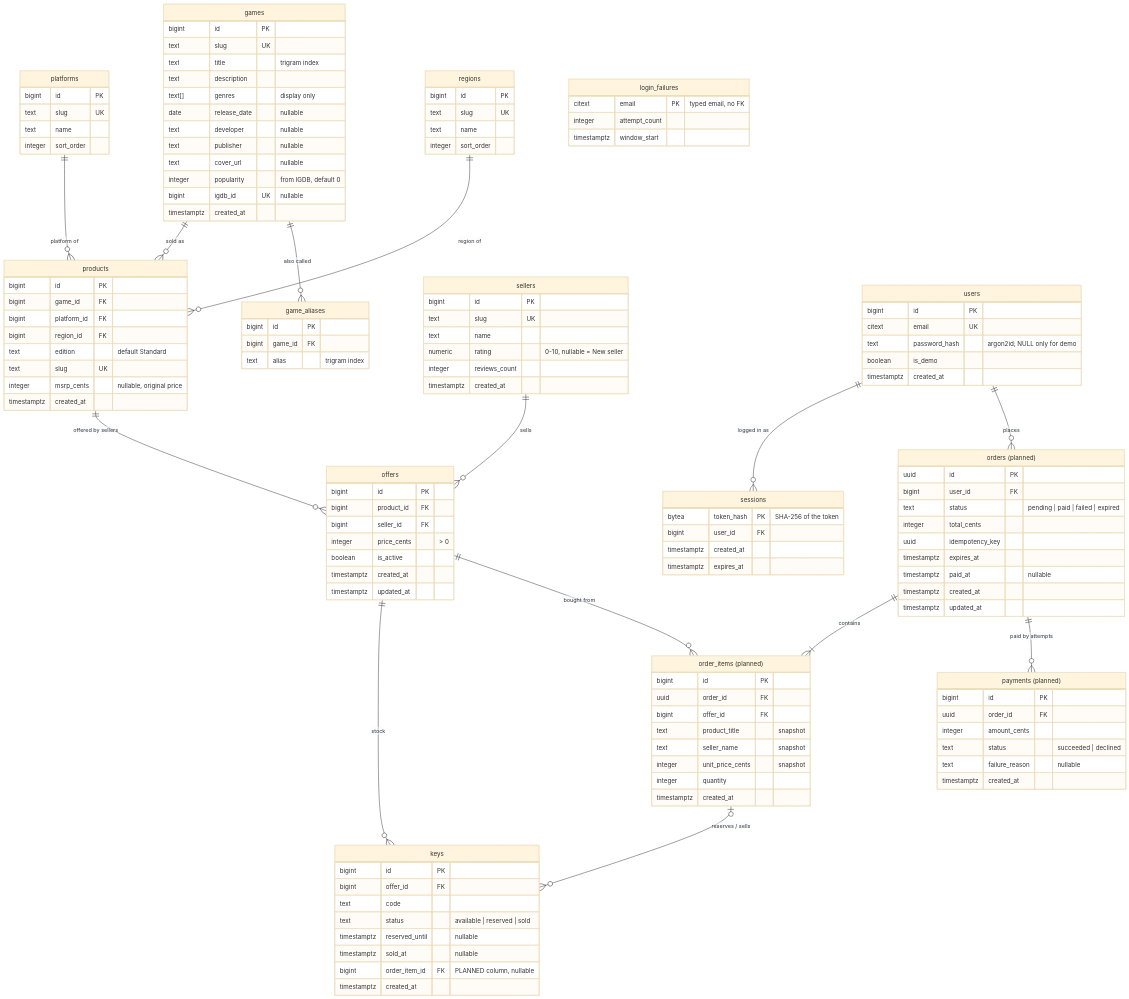
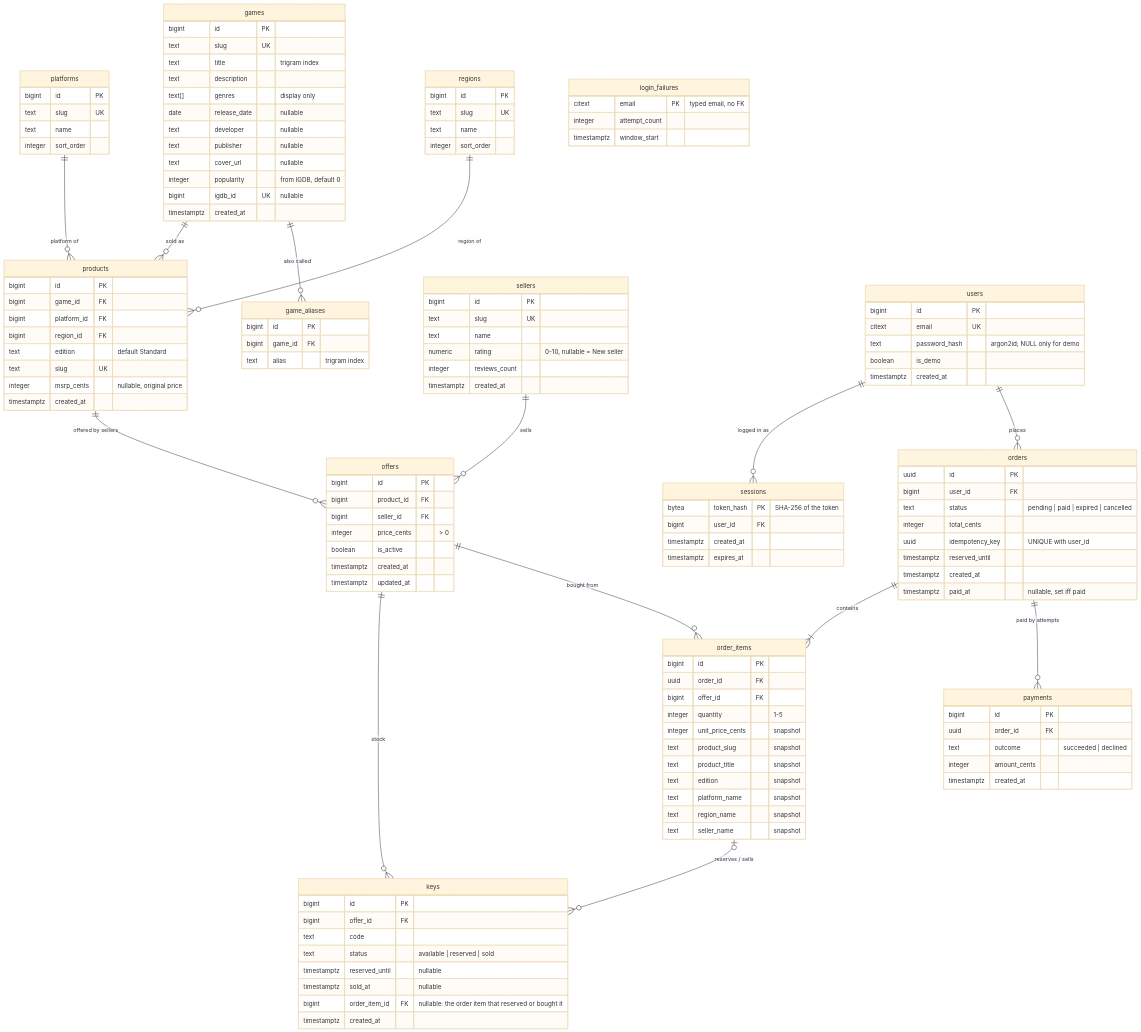
One commit to dovydas472/ENEBA-homework changed the first of 3 diagrams in docs/DATA_MODEL.md. Above: the diagram before and after it, drawn with Mermaid (base theme). The commit also changed other lines of this file and 1 other file, not shown here.

Commit message:
Task 16a: migration 00005 (orders, order_items, payments, keys.order_item_id) + DATA_MODEL

```diff
--- a/docs/DATA_MODEL.md
+++ b/docs/DATA_MODEL.md
@@ -94,7 +92,7 @@
         text status "available | reserved | sold"
         timestamptz reserved_until "nullable"
         timestamptz sold_at "nullable"
-        bigint order_item_id FK "PLANNED column, nullable"
+        bigint order_item_id FK "nullable: the order item that reserved or bought it"
         timestamptz created_at
     }
     users {
@@ -115,33 +113,34 @@
         integer attempt_count
         timestamptz window_start
     }
-    orders["orders (planned)"] {
+    orders {
         uuid id PK
         bigint user_id FK
-        text status "pending | paid | failed | expired"
+        text status "pending | paid | expired | cancelled"
         integer total_cents
-        uuid idempotency_key
-        timestamptz expires_at
-        timestamptz paid_at "nullable"
+        uuid idempotency_key "UNIQUE with user_id"
+        timestamptz reserved_until
         timestamptz created_at
-        timestamptz updated_at
+        timestamptz paid_at "nullable, set iff paid"
     }
-    order_items["order_items (planned)"] {
+    order_items {
         bigint id PK
         uuid order_id FK
         bigint offer_id FK
+        integer quantity "1-5"
+        integer unit_price_cents "snapshot"
+        text product_slug "snapshot"
         text product_title "snapshot"
+        text edition "snapshot"
+        text platform_name "snapshot"
+        text region_name "snapshot"
         text seller_name "snapshot"
-        integer unit_price_cents "snapshot"
-        integer quantity
-        timestamptz created_at
     }
-    payments["payments (planned)"] {
+    payments {
         bigint id PK
         uuid order_id FK
+        text outcome "succeeded | declined"
         integer amount_cents
-        text status "succeeded | declined"
-        text failure_reason "nullable"
         timestamptz created_at
     }
 
```
